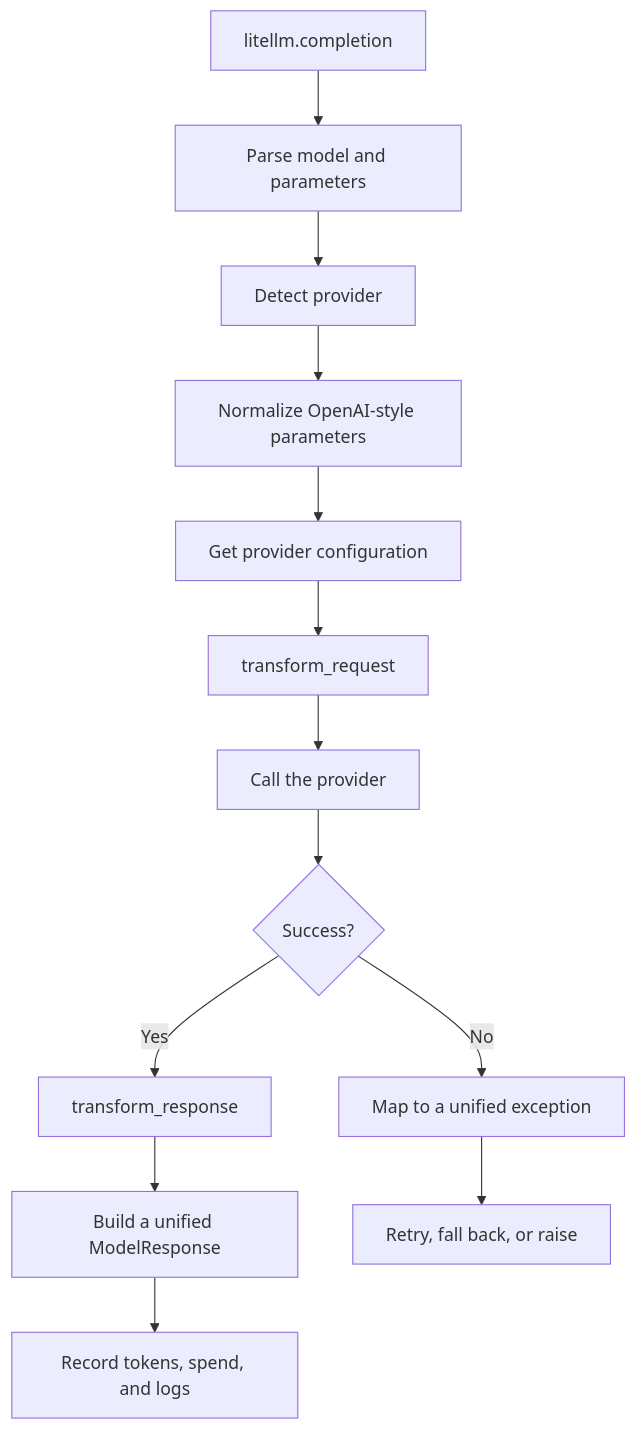
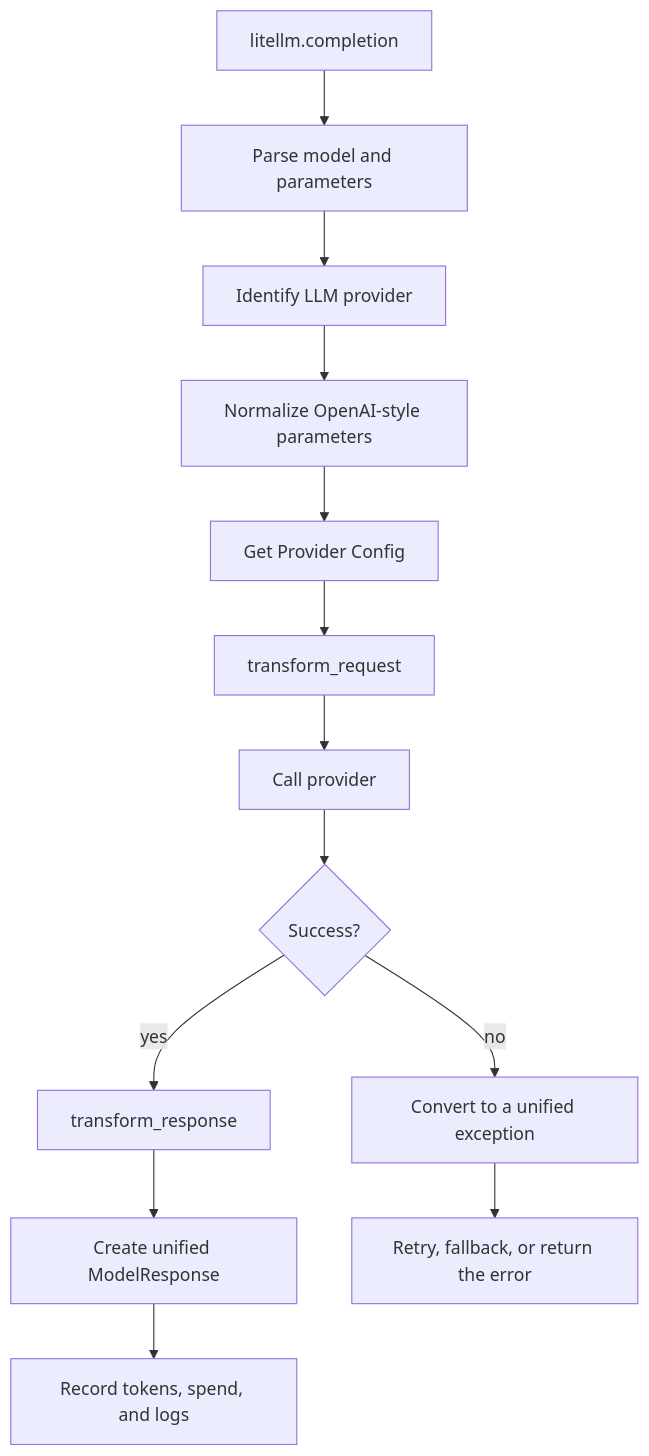
The third of 11 diagrams in website/i18n/en/docusaurus-plugin-content-docs/current/knowledge-base/guides/litellm-project-guide.md (zj75968-cpu/docusaurus), drawn with Mermaid before and after one commit. The commit also changed other lines of this file and 1 other file, not shown here.

Commit message:
docs(knowledge-base): publish LiteLLM project guide (AI-assisted)

````diff
--- a/website/i18n/en/docusaurus-plugin-content-docs/current/knowledge-base/guides/litellm-project-guide.md
+++ b/website/i18n/en/docusaurus-plugin-content-docs/current/knowledge-base/guides/litellm-project-guide.md
@@ -153,15 +165,15 @@
 ```mermaid
 flowchart TD
     A["litellm.completion"] --> B["Parse model and parameters"]
-    B --> C["Detect provider"]
+    B --> C["Identify LLM provider"]
     C --> D["Normalize OpenAI-style parameters"]
-    D --> E["Get provider configuration"]
+    D --> E["Get Provider Config"]
     E --> F["transform_request"]
-    F --> G["Call the provider"]
+    F --> G["Call provider"]
     G --> H{"Success?"}
-    H -- Yes --> I["transform_response"]
-    I --> J["Build a unified ModelResponse"]
+    H -- yes --> I["transform_response"]
+    I --> J["Create unified ModelResponse"]
     J --> K["Record tokens, spend, and logs"]
-    H -- No --> L["Map to a unified exception"]
-    L --> M["Retry, fall back, or raise"]
+    H -- no --> L["Convert to a unified exception"]
+    L --> M["Retry, fallback, or return the error"]
 ```
````
